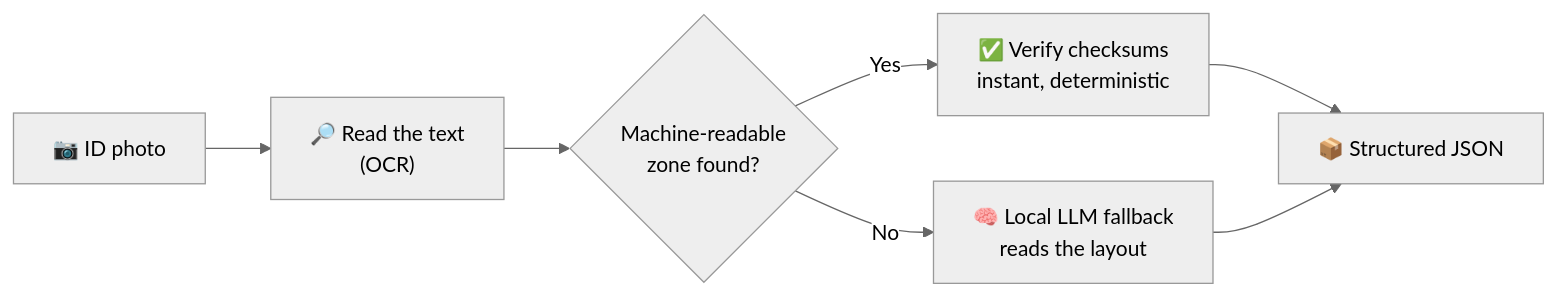
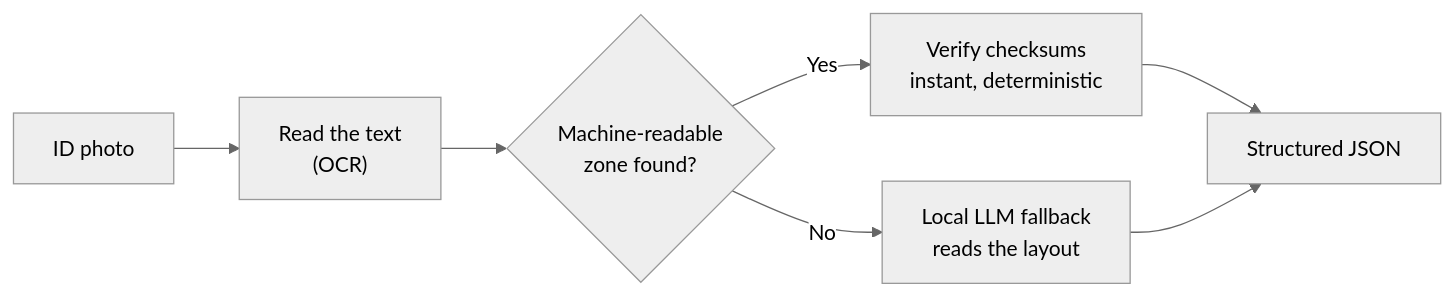
Before and after one commit to ruledicaprio/SynthPass: the first of 3 diagrams in README.md, drawn with Mermaid (neutral theme). The commit also changed other lines of this file, not shown here.

````diff
--- a/README.md
+++ b/README.md
@@ -231,9 +176,9 @@
 ```mermaid
 flowchart LR
-    A["📷 ID photo"] --> B["🔎 Read the text<br/>(OCR)"]
+    A["ID photo"] --> B["Read the text<br/>(OCR)"]
     B --> C{"Machine-readable<br/>zone found?"}
-    C -->|"Yes"| D["✅ Verify checksums<br/>instant, deterministic"]
-    C -->|"No"| E["🧠 Local LLM fallback<br/>reads the layout"]
-    D --> F["📦 Structured JSON"]
+    C -->|"Yes"| D["Verify checksums<br/>instant, deterministic"]
+    C -->|"No"| E["Local LLM fallback<br/>reads the layout"]
+    D --> F["Structured JSON"]
     E --> F
 ```
````
